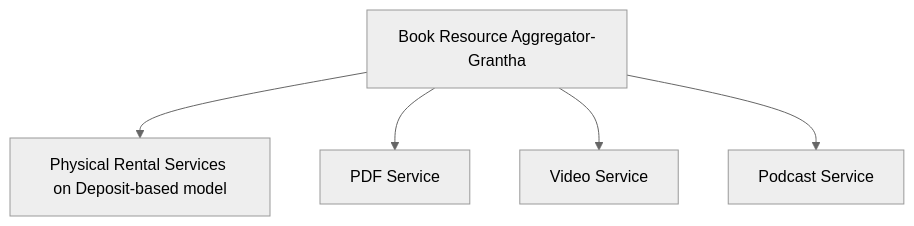
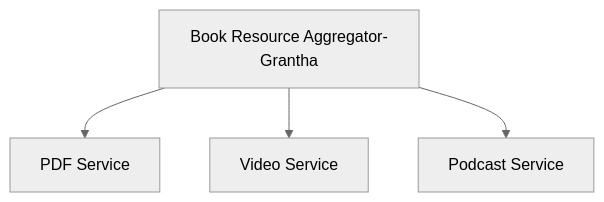
The diagram in README.md (bigcatsfolio/Grantha), drawn with Mermaid (neutral theme) before and after one commit.

````diff
--- a/README.md
+++ b/README.md
@@ -1,13 +1,11 @@
 ```mermaid
 graph TD;
     A[Book Resource Aggregator-Grantha];
-    B[Physical Rental Services on Deposit-based model];
     C[PDF Service];
     D[Video Service];
     E[Podcast Service];
 
-    A --> B;
     A --> C;
     A --> D;
     A --> E;
 ```
````
